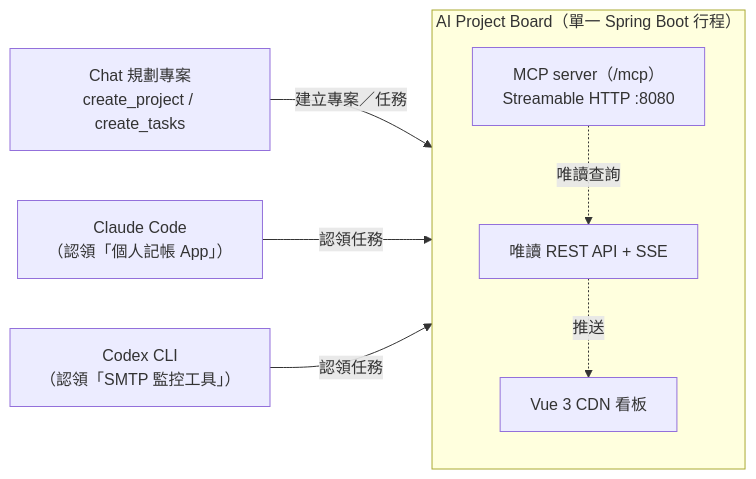
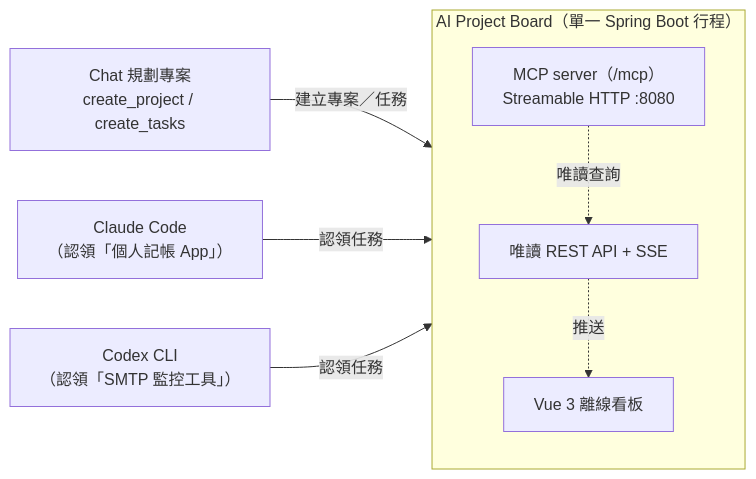
The diagram in README.md (hpigu/AIProjectDashboard), drawn with Mermaid before and after one commit. The commit also changed other lines of this file and 3 other files, not shown here.

````diff
--- a/README.md
+++ b/README.md
@@ -7,18 +7,18 @@
 ```mermaid
 flowchart LR
     Chat["Chat 規劃專案<br/>create_project / create_tasks"]
     ClaudeCode["Claude Code<br/>（認領「個人記帳 App」）"]
     Codex["Codex CLI<br/>（認領「SMTP 監控工具」）"]
 
     subgraph Board["AI Project Board（單一 Spring Boot 行程）"]
         direction TB
         MCP["MCP server（/mcp）<br/>Streamable HTTP :8080"]
         REST["唯讀 REST API + SSE"]
-        UI["Vue 3 CDN 看板"]
+        UI["Vue 3 離線看板"]
         MCP -.唯讀查詢.-> REST -.推送.-> UI
     end
 
     Chat -->|建立專案／任務| MCP
     ClaudeCode -->|認領任務| MCP
     Codex -->|認領任務| MCP
 ```
````
